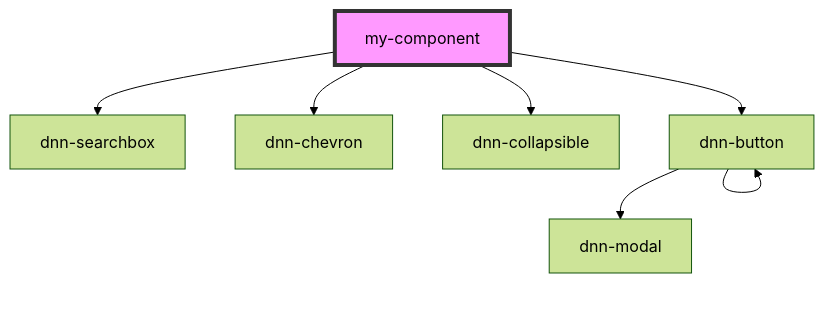
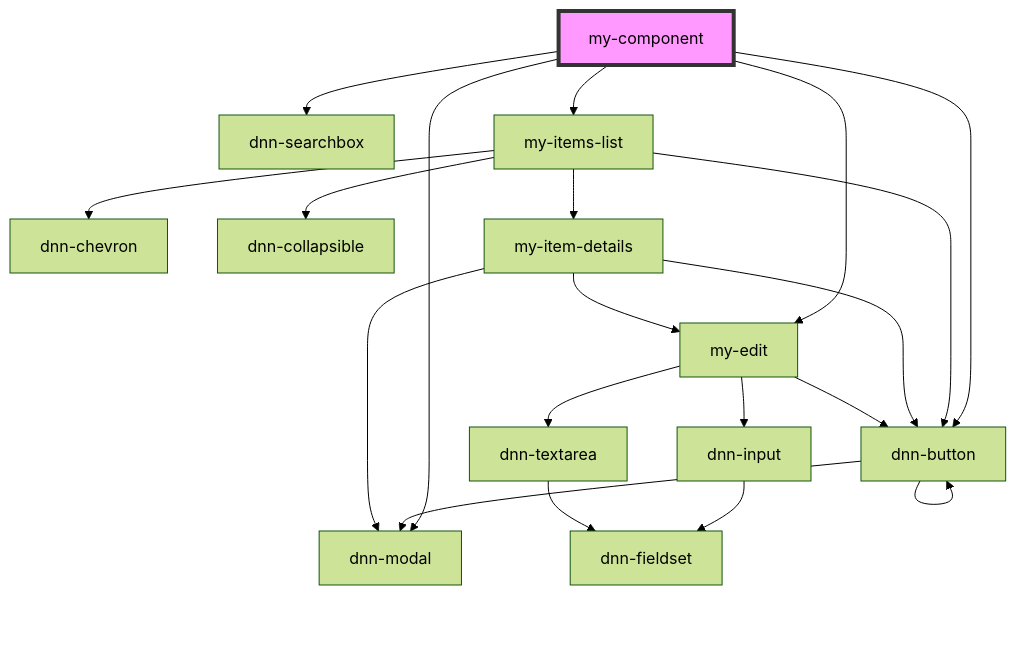
The diagram in Eraware_Dnn_Spa_Ef_Di_Stencil/module.web/src/components/my-component/readme.md (valadas/Eraware_Dnn_Templates), drawn with Mermaid (forest theme) before and after one commit. The commit also changed other lines of this file and 17 other files, not shown here.

````diff
--- a/Eraware_Dnn_Spa_Ef_Di_Stencil/module.web/src/components/my-component/readme.md
+++ b/Eraware_Dnn_Spa_Ef_Di_Stencil/module.web/src/components/my-component/readme.md
@@ -70,10 +10,23 @@
 ```mermaid
 graph TD;
   my-component --> dnn-searchbox
-  my-component --> dnn-chevron
-  my-component --> dnn-collapsible
   my-component --> dnn-button
+  my-component --> my-items-list
+  my-component --> dnn-modal
+  my-component --> my-edit
   dnn-button --> dnn-modal
   dnn-button --> dnn-button
+  my-items-list --> dnn-chevron
+  my-items-list --> dnn-collapsible
+  my-items-list --> my-item-details
+  my-items-list --> dnn-button
+  my-item-details --> dnn-button
+  my-item-details --> dnn-modal
+  my-item-details --> my-edit
+  my-edit --> dnn-input
+  my-edit --> dnn-textarea
+  my-edit --> dnn-button
+  dnn-input --> dnn-fieldset
+  dnn-textarea --> dnn-fieldset
   style my-component fill:#f9f,stroke:#333,stroke-width:4px
 ```
````
